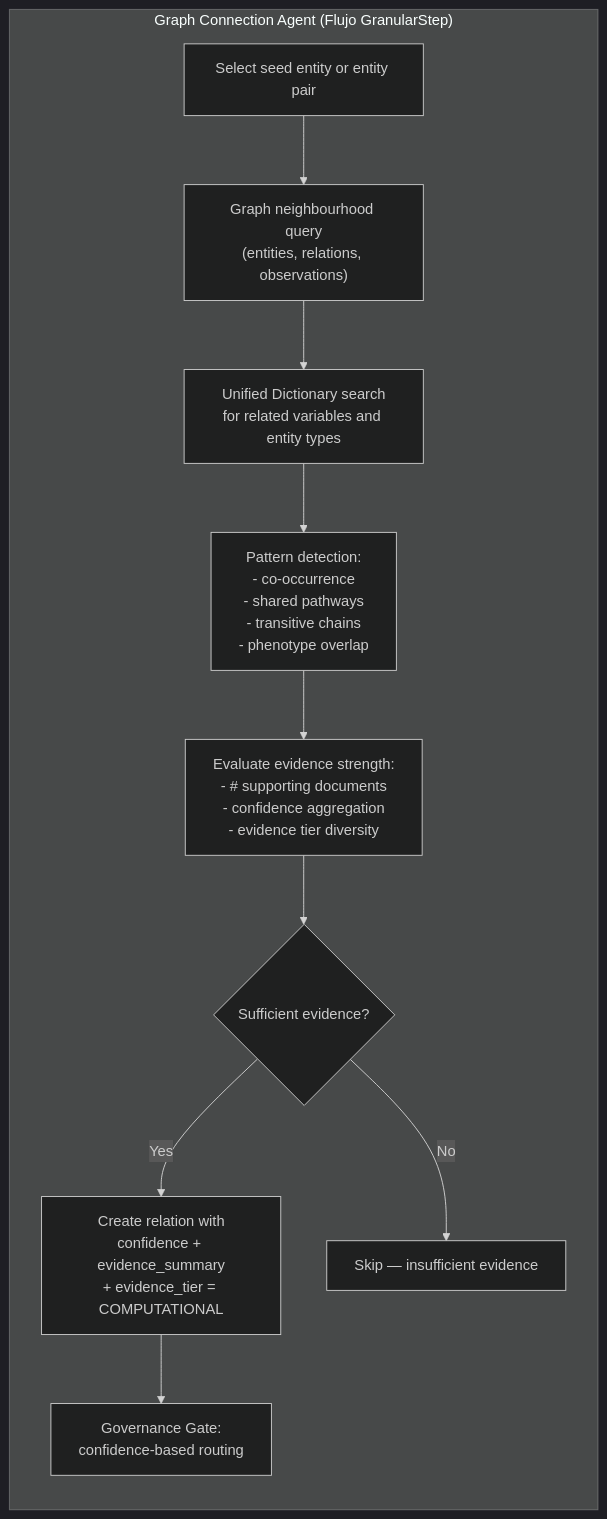
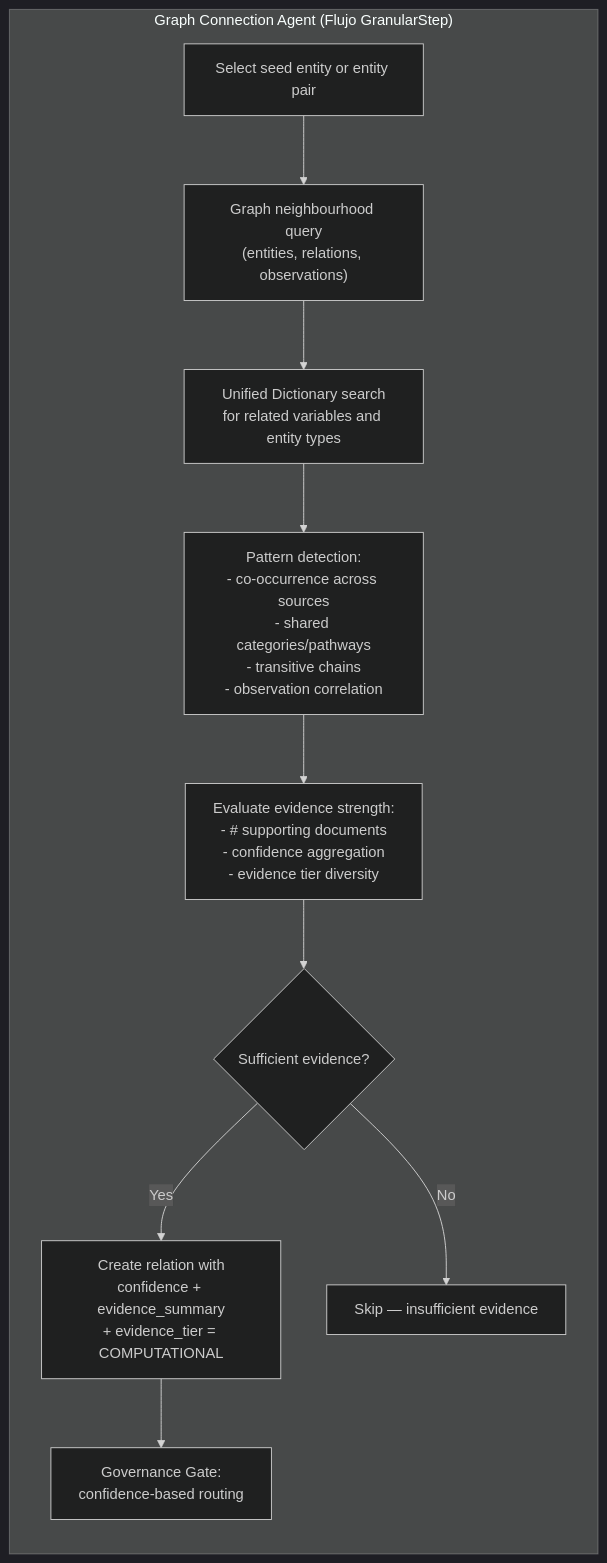
The fourth of 5 diagrams in docs/latest_plan_path/datasources_architecture.md (med13foundation/monorepo), drawn with Mermaid (dark theme) before and after one commit. The commit also changed other lines of this file and 48 other files, not shown here.

````diff
--- a/docs/latest_plan_path/datasources_architecture.md
+++ b/docs/latest_plan_path/datasources_architecture.md
@@ -1235,14 +1293,14 @@
 ```mermaid
 flowchart TB
   subgraph GCA["Graph Connection Agent (Flujo GranularStep)"]
     direction TB
     SEED[Select seed entity or entity pair] --> QUERY["Graph neighbourhood query\n(entities, relations, observations)"]
     QUERY --> SEARCH["Unified Dictionary search\nfor related variables and entity types"]
-    SEARCH --> PATTERNS["Pattern detection:\n- co-occurrence\n- shared pathways\n- transitive chains\n- phenotype overlap"]
+    SEARCH --> PATTERNS["Pattern detection:\n- co-occurrence across sources\n- shared categories/pathways\n- transitive chains\n- observation correlation"]
     PATTERNS --> EVALUATE["Evaluate evidence strength:\n- # supporting documents\n- confidence aggregation\n- evidence tier diversity"]
     EVALUATE --> DECIDE{Sufficient evidence?}
     DECIDE -->|Yes| PROPOSE["Create relation with\nconfidence + evidence_summary\n+ evidence_tier = COMPUTATIONAL"]
     DECIDE -->|No| SKIP[Skip — insufficient evidence]
     PROPOSE --> GOV_GATE["Governance Gate:\nconfidence-based routing"]
   end
 ```
````
